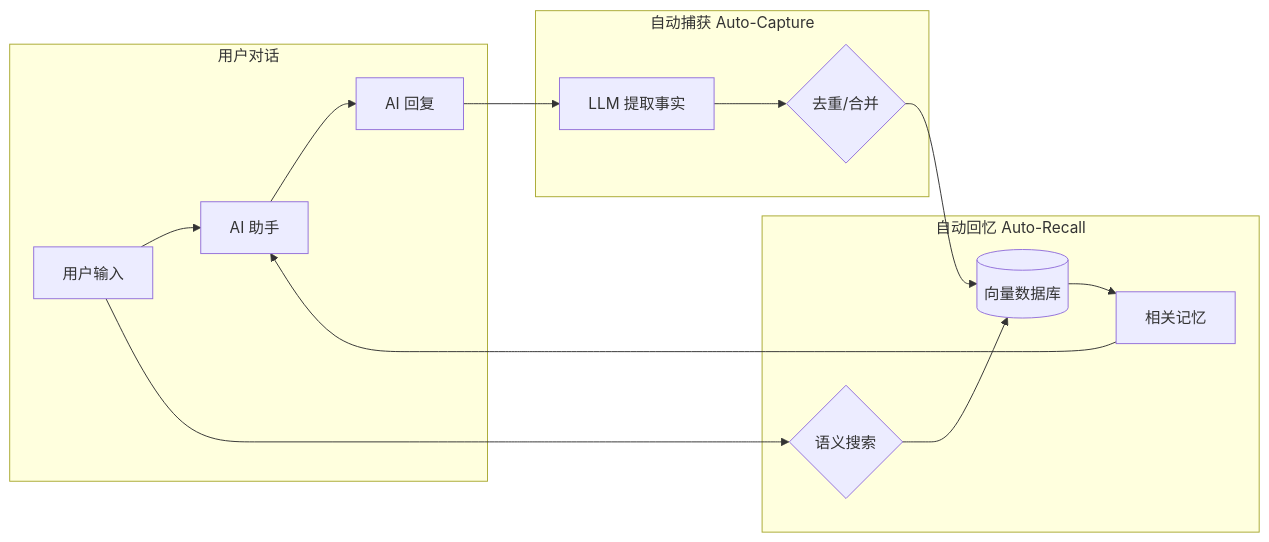
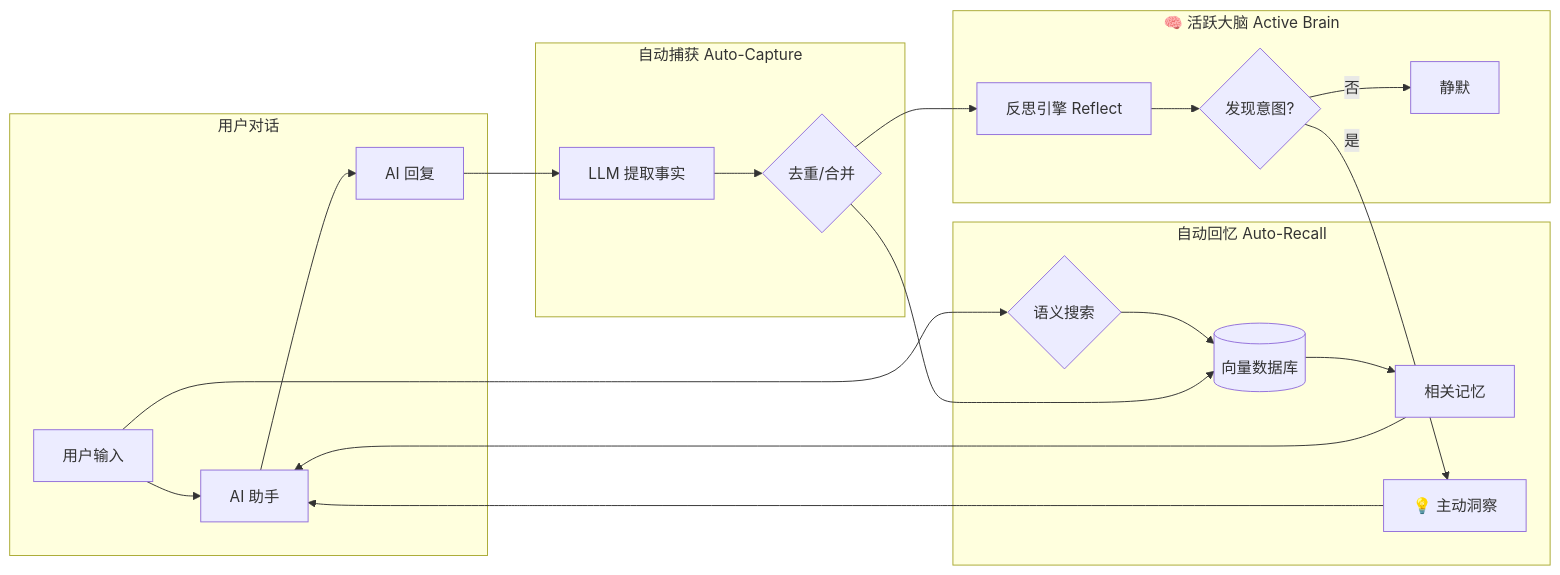
One commit to 1960697431/openclaw-mem0 changed the diagram in README.md. Above: the diagram before and after it, drawn with Mermaid. The commit also changed other lines of this file, not shown here.

Commit message:
docs: 更新架构图和流程说明，新增 Active Brain 描述

````diff
--- a/README.md
+++ b/README.md
@@ -69,20 +69,28 @@
 ```mermaid
 flowchart LR
     subgraph 用户对话
         A[用户输入] --> B[AI 助手]
         B --> C[AI 回复]
     end
     
-    subgraph 自动回忆 Auto-Recall
+    subgraph "自动回忆 Auto-Recall"
         A --> D{语义搜索}
         D --> E[(向量数据库)]
         E --> F[相关记忆]
         F --> B
+        I["💡 主动洞察"] --> B
     end
     
-    subgraph 自动捕获 Auto-Capture
+    subgraph "自动捕获 Auto-Capture"
         C --> G[LLM 提取事实]
         G --> H{去重/合并}
         H --> E
     end
+
+    subgraph "🧠 活跃大脑 Active Brain"
+        H --> J["反思引擎 Reflect"]
+        J --> K{发现意图?}
+        K -->|是| I
+        K -->|否| L["静默"]
+    end
 ```
````
